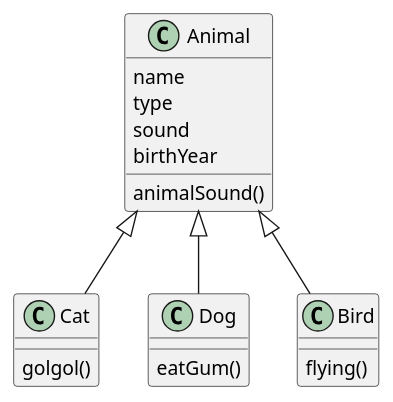
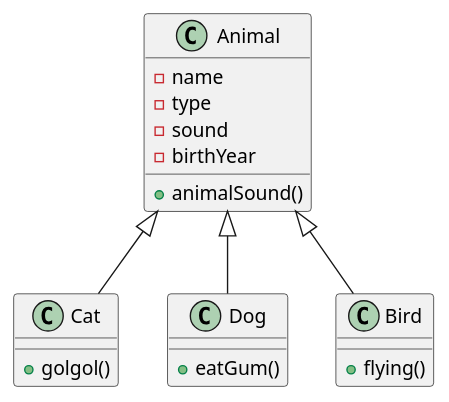
Before and after one commit to orm-camp-flutter-2ki/learn_dart_together: the diagram in lib/0312/animal.puml, drawn with PlantUML.

Commit message:
docs: animal 클래스 다이어그램 작성
- animal과 [cat, dog, bird]는 상속관계(inheritance)이다.
- animal : 부모(super) 클래스, 그 외: 자녀(sub) 클래스
- animal 클래스의 상속관계에 대한 diagram 작성

```diff
--- a/lib/0312/animal.puml
+++ b/lib/0312/animal.puml
@@ -1,24 +1,24 @@
 @startuml
 
 class Animal {
-name
-type
-sound
-birthYear
-animalSound()
+- name
+- type
+- sound
+- birthYear
++ animalSound()
 }
 
 class Cat extends Animal{
-golgol()
++ golgol()
 }
 
 class Dog extends Animal{
-eatGum()
++ eatGum()
 }
 
 class Bird extends Animal {
-flying()
++ flying()
 }
 
 
 @enduml
```
